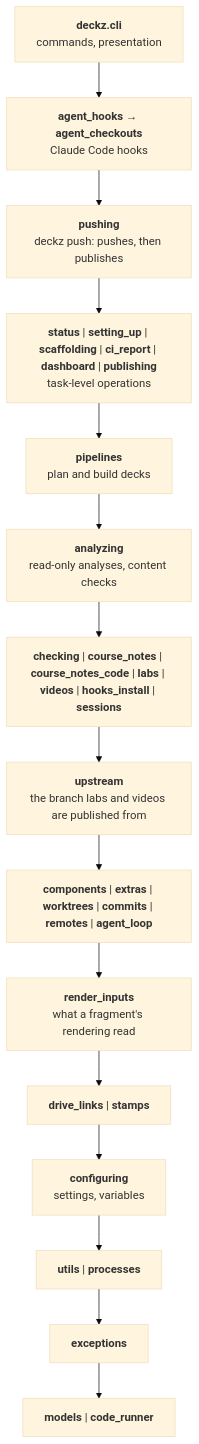
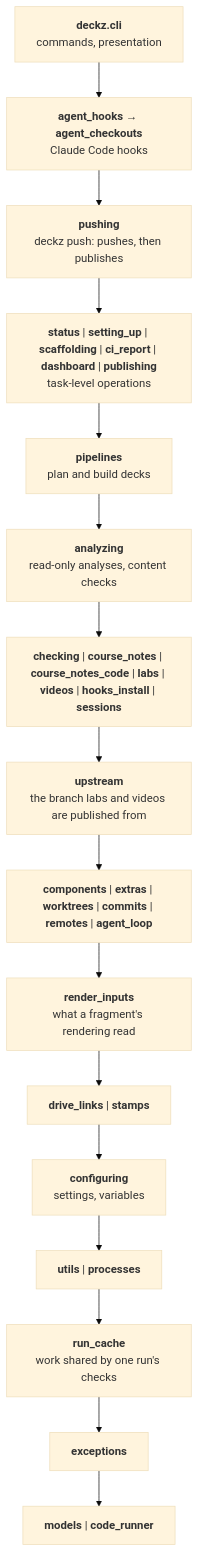
The second of 2 diagrams in docs/architecture/index.md (shuuchuu/deckz), drawn with Mermaid (base theme) before and after one commit. The commit also changed other lines of this file and 21 other files, not shown here.

````diff
--- a/docs/architecture/index.md
+++ b/docs/architecture/index.md
@@ -60,19 +60,20 @@
 ```mermaid
 flowchart TB
     cli["<b>deckz.cli</b><br/>commands, presentation"]
     agent["<b>agent_hooks</b> → <b>agent_checkouts</b><br/>Claude Code hooks"]
     pushing["<b>pushing</b><br/>deckz push: pushes, then publishes"]
     tasks["<b>status</b> | <b>setting_up</b> | <b>scaffolding</b> | <b>ci_report</b> | <b>dashboard</b> | <b>publishing</b><br/>task-level operations"]
     pipelines["<b>pipelines</b><br/>plan and build decks"]
     analyzing["<b>analyzing</b><br/>read-only analyses, content checks"]
     mid["<b>checking</b> | <b>course_notes</b> | <b>course_notes_code</b> | <b>labs</b> | <b>videos</b> | <b>hooks_install</b> | <b>sessions</b>"]
     upstream["<b>upstream</b><br/>the branch labs and videos are published from"]
     components["<b>components</b> | <b>extras</b> | <b>worktrees</b> | <b>commits</b> | <b>remotes</b> | <b>agent_loop</b>"]
     inputs["<b>render_inputs</b><br/>what a fragment's rendering read"]
     low["<b>drive_links</b> | <b>stamps</b>"]
     configuring["<b>configuring</b><br/>settings, variables"]
     utils["<b>utils</b> | <b>processes</b>"]
+    runcache["<b>run_cache</b><br/>work shared by one run's checks"]
     exceptions["<b>exceptions</b>"]
     models["<b>models</b> | <b>code_runner</b>"]
-    cli --> agent --> pushing --> tasks --> pipelines --> analyzing --> mid --> upstream --> components --> inputs --> low --> configuring --> utils --> exceptions --> models
+    cli --> agent --> pushing --> tasks --> pipelines --> analyzing --> mid --> upstream --> components --> inputs --> low --> configuring --> utils --> runcache --> exceptions --> models
 ```
````
